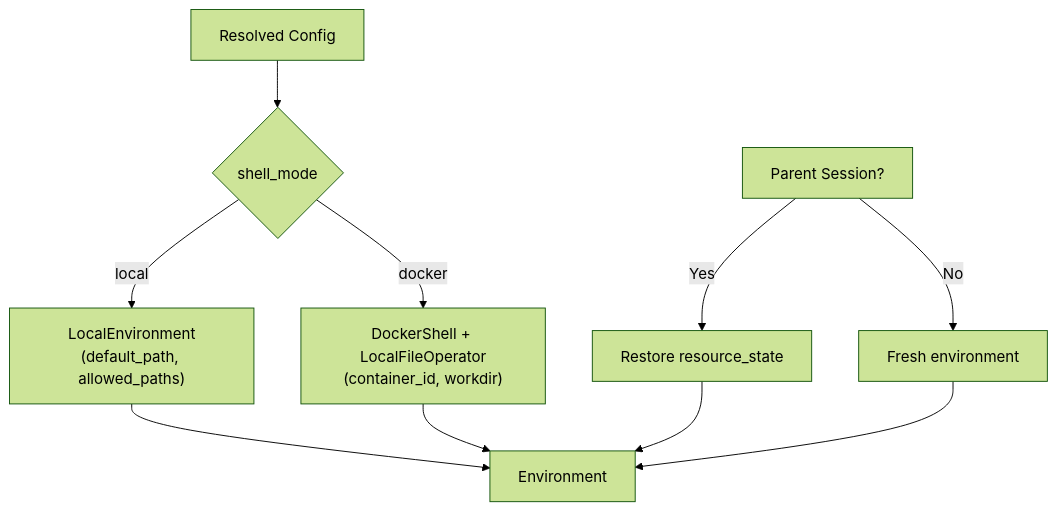
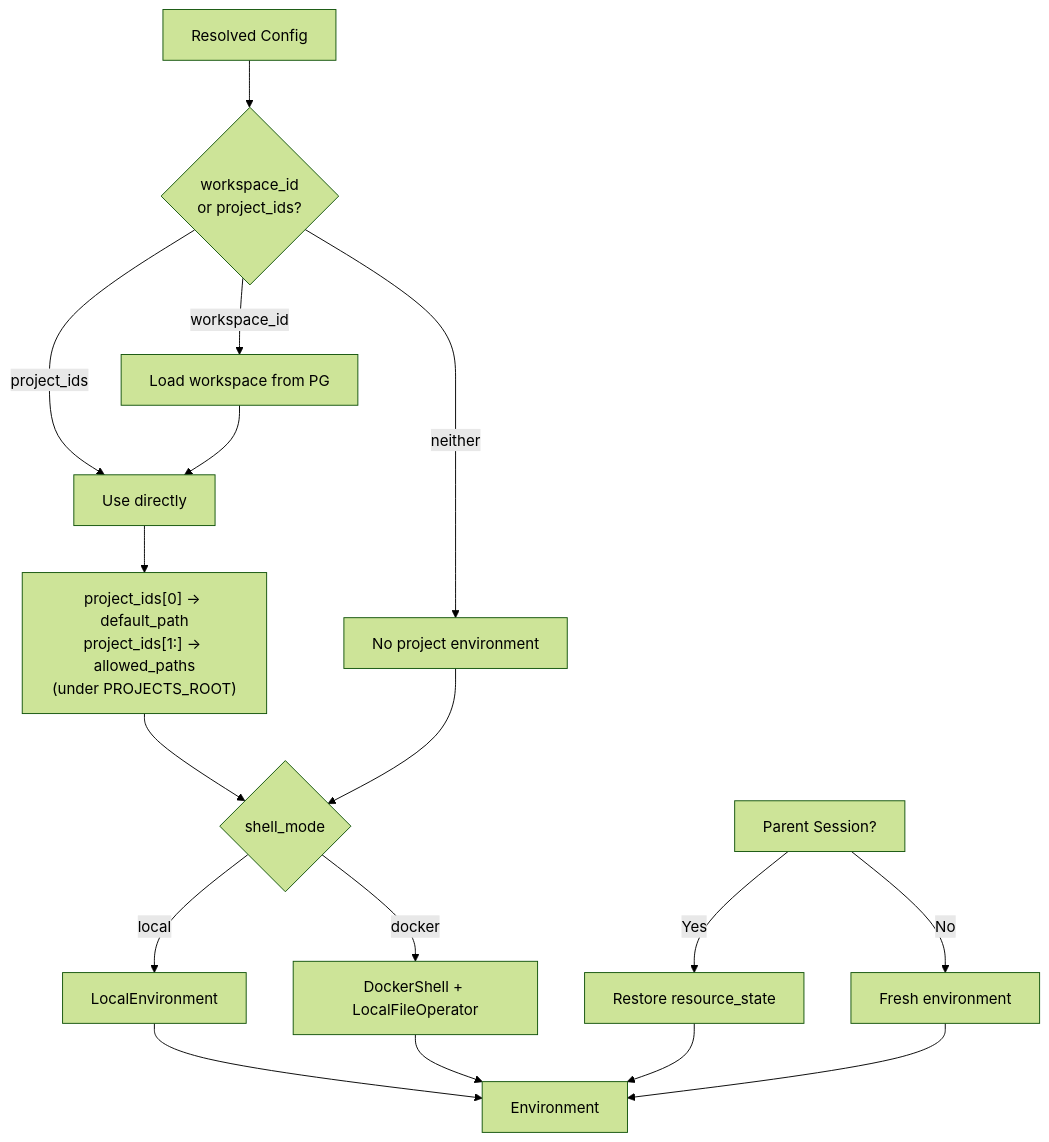
The third of 4 diagrams in spec/agent_runtime/03-execution.md (Wh1isper/netherbrain), drawn with Mermaid (forest theme) before and after one commit. The commit also changed other lines of this file and 15 other files, not shown here.

First line of the commit message:
feat: add workspace and project-based environment model

````diff
--- a/spec/agent_runtime/03-execution.md
+++ b/spec/agent_runtime/03-execution.md
@@ -81,15 +81,24 @@
 ```mermaid
 flowchart TB
-    RC[Resolved Config] --> CHECK{shell_mode}
-    CHECK -->|local| LOCAL["LocalEnvironment<br/>(default_path, allowed_paths)"]
-    CHECK -->|docker| DOCKER["DockerShell + LocalFileOperator<br/>(container_id, workdir)"]
+    RC[Resolved Config] --> PROJ_RESOLVE{"workspace_id<br/>or project_ids?"}
+    PROJ_RESOLVE -->|workspace_id| WS["Load workspace from PG"]
+    PROJ_RESOLVE -->|project_ids| PROJ["Use directly"]
+    PROJ_RESOLVE -->|neither| NONE["No project environment"]
+    WS --> PROJ
+
+    PROJ --> PATHS["project_ids[0] -> default_path<br/>project_ids[1:] -> allowed_paths<br/>(under PROJECTS_ROOT)"]
+    PATHS --> CHECK{shell_mode}
+    NONE --> CHECK
+
+    CHECK -->|local| LOCAL["LocalEnvironment"]
+    CHECK -->|docker| DOCKER["DockerShell + LocalFileOperator"]
 
     LOCAL --> ENV[Environment]
     DOCKER --> ENV
 
     PARENT["Parent Session?"] -->|Yes| RESTORE["Restore resource_state"]
     PARENT -->|No| FRESH["Fresh environment"]
 
     RESTORE --> ENV
     FRESH --> ENV
 ```
````
